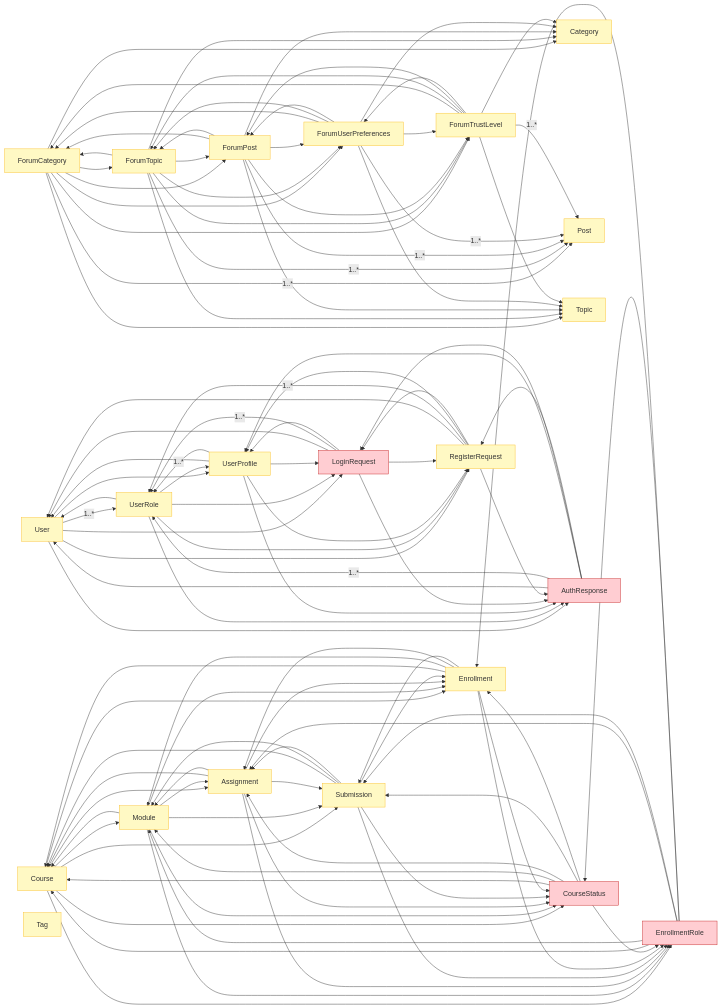
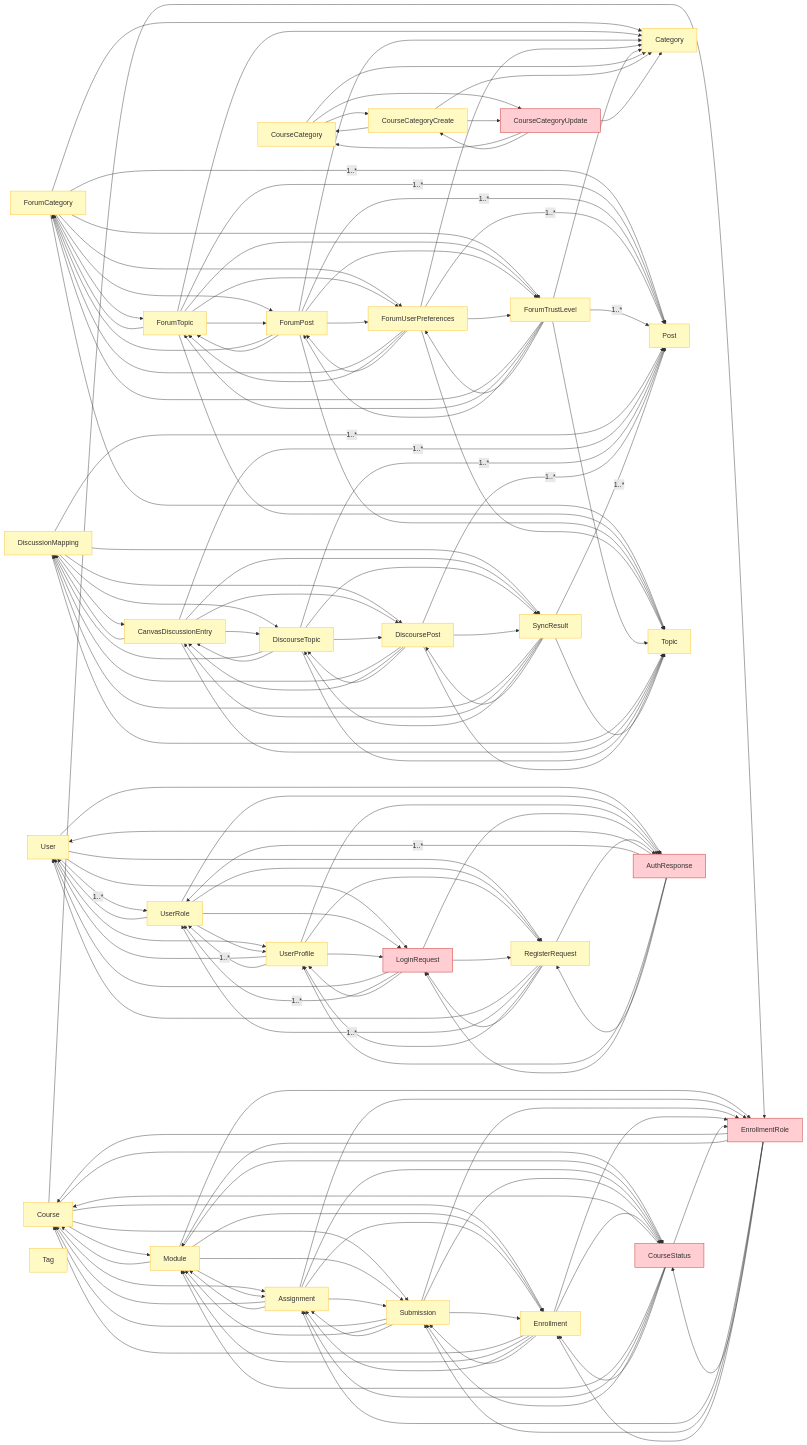
The diagram in docs/relationship_map.md (ordokr/LMS), drawn with Mermaid before and after one commit. The commit also changed 52 other files, not shown here.

````diff
--- a/docs/relationship_map.md
+++ b/docs/relationship_map.md
@@ -109,6 +109,45 @@
   AuthResponse-->UserProfile
   AuthResponse-->LoginRequest
   AuthResponse-->RegisterRequest
+  DiscussionMapping-->CanvasDiscussionEntry
+  DiscussionMapping-->DiscourseTopic
+  DiscussionMapping-->DiscoursePost
+  DiscussionMapping-->SyncResult
+  DiscussionMapping-->|1..*|Post
+  DiscussionMapping-->Topic
+  CanvasDiscussionEntry-->DiscussionMapping
+  CanvasDiscussionEntry-->DiscourseTopic
+  CanvasDiscussionEntry-->DiscoursePost
+  CanvasDiscussionEntry-->SyncResult
+  CanvasDiscussionEntry-->|1..*|Post
+  CanvasDiscussionEntry-->Topic
+  DiscourseTopic-->DiscussionMapping
+  DiscourseTopic-->CanvasDiscussionEntry
+  DiscourseTopic-->DiscoursePost
+  DiscourseTopic-->SyncResult
+  DiscourseTopic-->|1..*|Post
+  DiscourseTopic-->Topic
+  DiscoursePost-->DiscussionMapping
+  DiscoursePost-->CanvasDiscussionEntry
+  DiscoursePost-->DiscourseTopic
+  DiscoursePost-->SyncResult
+  DiscoursePost-->|1..*|Post
+  DiscoursePost-->Topic
+  SyncResult-->DiscussionMapping
+  SyncResult-->CanvasDiscussionEntry
+  SyncResult-->DiscourseTopic
+  SyncResult-->DiscoursePost
+  SyncResult-->|1..*|Post
+  SyncResult-->Topic
+  CourseCategory-->Category
+  CourseCategory-->CourseCategoryCreate
+  CourseCategory-->CourseCategoryUpdate
+  CourseCategoryCreate-->Category
+  CourseCategoryCreate-->CourseCategory
+  CourseCategoryCreate-->CourseCategoryUpdate
+  CourseCategoryUpdate-->Category
+  CourseCategoryUpdate-->CourseCategory
+  CourseCategoryUpdate-->CourseCategoryCreate
   style Course fill:#fff9c4,stroke:#fbc02d,stroke-width:1px
   style Module fill:#fff9c4,stroke:#fbc02d,stroke-width:1px
   style Assignment fill:#fff9c4,stroke:#fbc02d,stroke-width:1px
@@ -130,6 +169,14 @@
   style LoginRequest fill:#ffcdd2,stroke:#c62828,stroke-width:1px
   style RegisterRequest fill:#fff9c4,stroke:#fbc02d,stroke-width:1px
   style AuthResponse fill:#ffcdd2,stroke:#c62828,stroke-width:1px
+  style DiscussionMapping fill:#fff9c4,stroke:#fbc02d,stroke-width:1px
+  style CanvasDiscussionEntry fill:#fff9c4,stroke:#fbc02d,stroke-width:1px
+  style DiscourseTopic fill:#fff9c4,stroke:#fbc02d,stroke-width:1px
+  style DiscoursePost fill:#fff9c4,stroke:#fbc02d,stroke-width:1px
+  style SyncResult fill:#fff9c4,stroke:#fbc02d,stroke-width:1px
+  style CourseCategory fill:#fff9c4,stroke:#fbc02d,stroke-width:1px
+  style CourseCategoryCreate fill:#fff9c4,stroke:#fbc02d,stroke-width:1px
+  style CourseCategoryUpdate fill:#ffcdd2,stroke:#c62828,stroke-width:1px
   style Tag fill:#fff9c4,stroke:#fbc02d,stroke-width:1px
 
 ```
````
